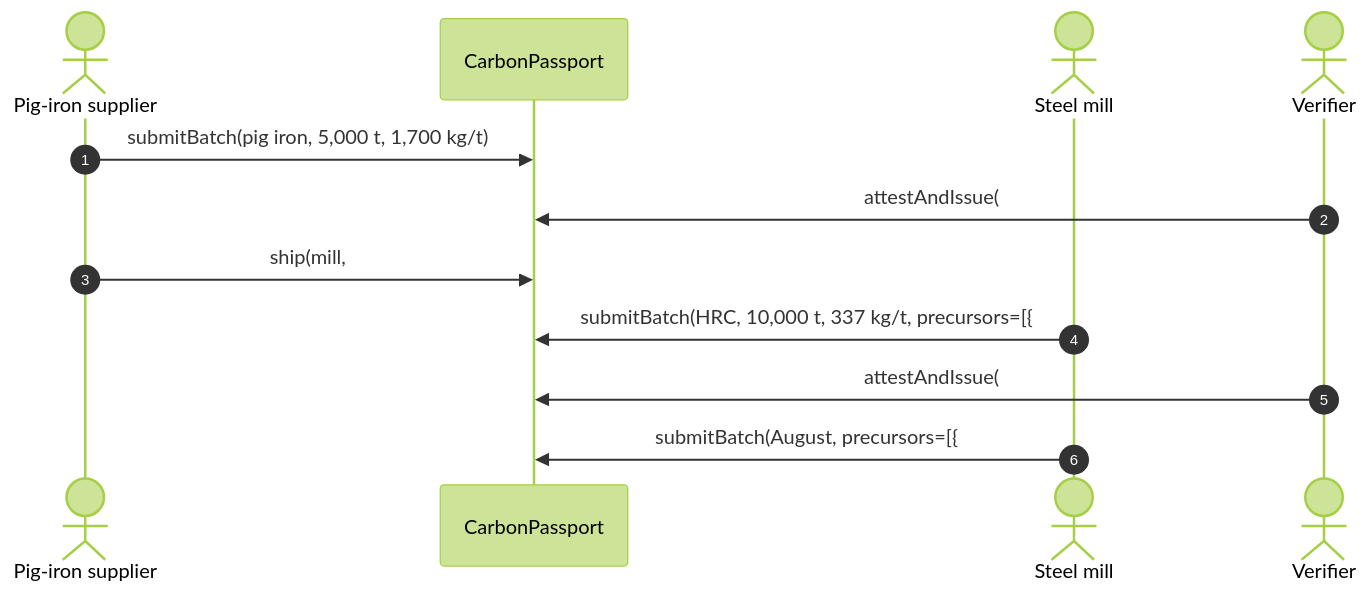
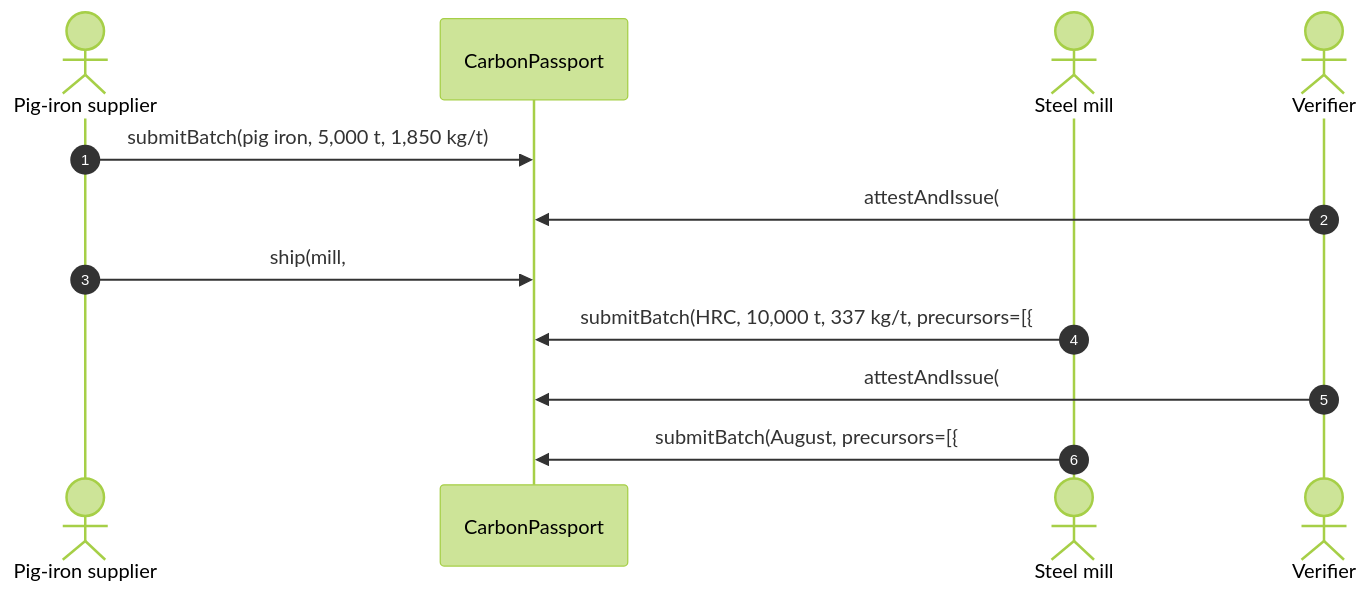
Before and after one commit to johnbosco-j/carbonpass: the third of 3 diagrams in docs/ARCHITECTURE.md, drawn with Mermaid (forest theme). The commit also changed 1 other file, not shown here.

Commit message:
Supplier pig iron verified at 1,850 kg/t (= EU default for TR) so the steel demo stays 0.356 everywhere

````diff
--- a/docs/ARCHITECTURE.md
+++ b/docs/ARCHITECTURE.md
@@ -70,15 +70,15 @@
 ```mermaid
 sequenceDiagram
   autonumber
   actor S as Pig-iron supplier
   participant C as CarbonPassport
   actor P as Steel mill
   actor V as Verifier
 
-  S->>C: submitBatch(pig iron, 5,000 t, 1,700 kg/t)
+  S->>C: submitBatch(pig iron, 5,000 t, 1,850 kg/t)
   V->>C: attestAndIssue(#4)  → 5,000 t to the supplier
   S->>C: ship(mill, #4, 1,300 t)
   P->>C: submitBatch(HRC, 10,000 t, 337 kg/t, precursors=[{#4, 1,300 t}])  (checked, nothing burned)
   V->>C: attestAndIssue(#5)  🔥 burns 1,300 t of #4, then mints 10,000 t of #5
   P->>C: submitBatch(August, precursors=[{#4, 1,300 t}])  ❌ InsufficientPrecursor(4, 0, 1300)
 ```
````
